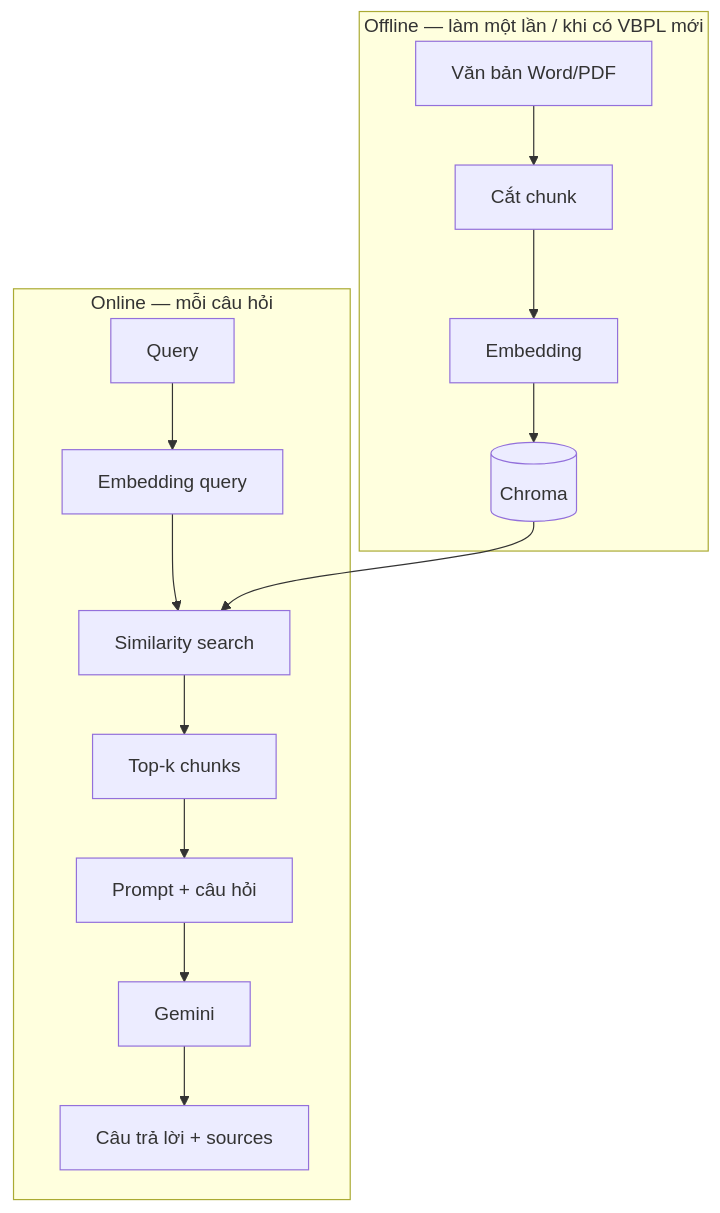
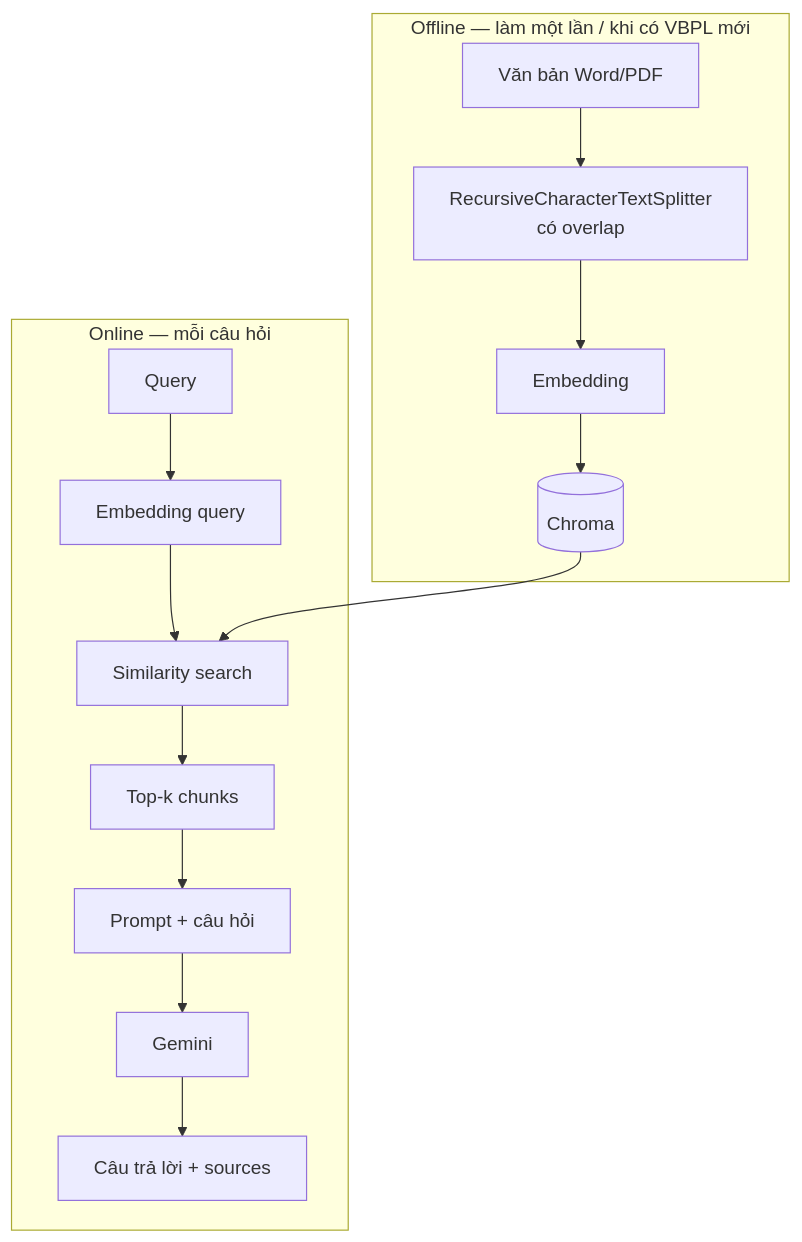
Before and after one commit to ducchungtx/advanced-rag-agent: the third of 12 diagrams in docs/learning-guide.md, drawn with Mermaid. The commit also changed other lines of this file and 1 other file, not shown here.

Commit message:
Enhance architecture and learning documentation, detailing tech stack, system overview, and caching strategies. Update flowcharts to reflect new components and processes for improved clarity.

````diff
--- a/docs/learning-guide.md
+++ b/docs/learning-guide.md
@@ -33,15 +50,15 @@
 ```mermaid
 flowchart TB
     subgraph Offline["Offline — làm một lần / khi có VBPL mới"]
-        DOC[Văn bản Word/PDF] --> CHUNK[Cắt chunk] --> EMB1[Embedding] --> DB[(Chroma)]
+        DOC[Văn bản Word/PDF] --> CHUNK[RecursiveCharacterTextSplitter<br/>có overlap] --> EMB1[Embedding] --> DB[(Chroma)]
     end
 
     subgraph Online["Online — mỗi câu hỏi"]
         Q[Query] --> EMB2[Embedding query]
         EMB2 --> SEARCH[Similarity search]
         DB --> SEARCH
         SEARCH --> CTX[Top-k chunks]
         CTX --> PROMPT[Prompt + câu hỏi]
         PROMPT --> LLM[Gemini] --> ANS[Câu trả lời + sources]
     end
 ```
````
